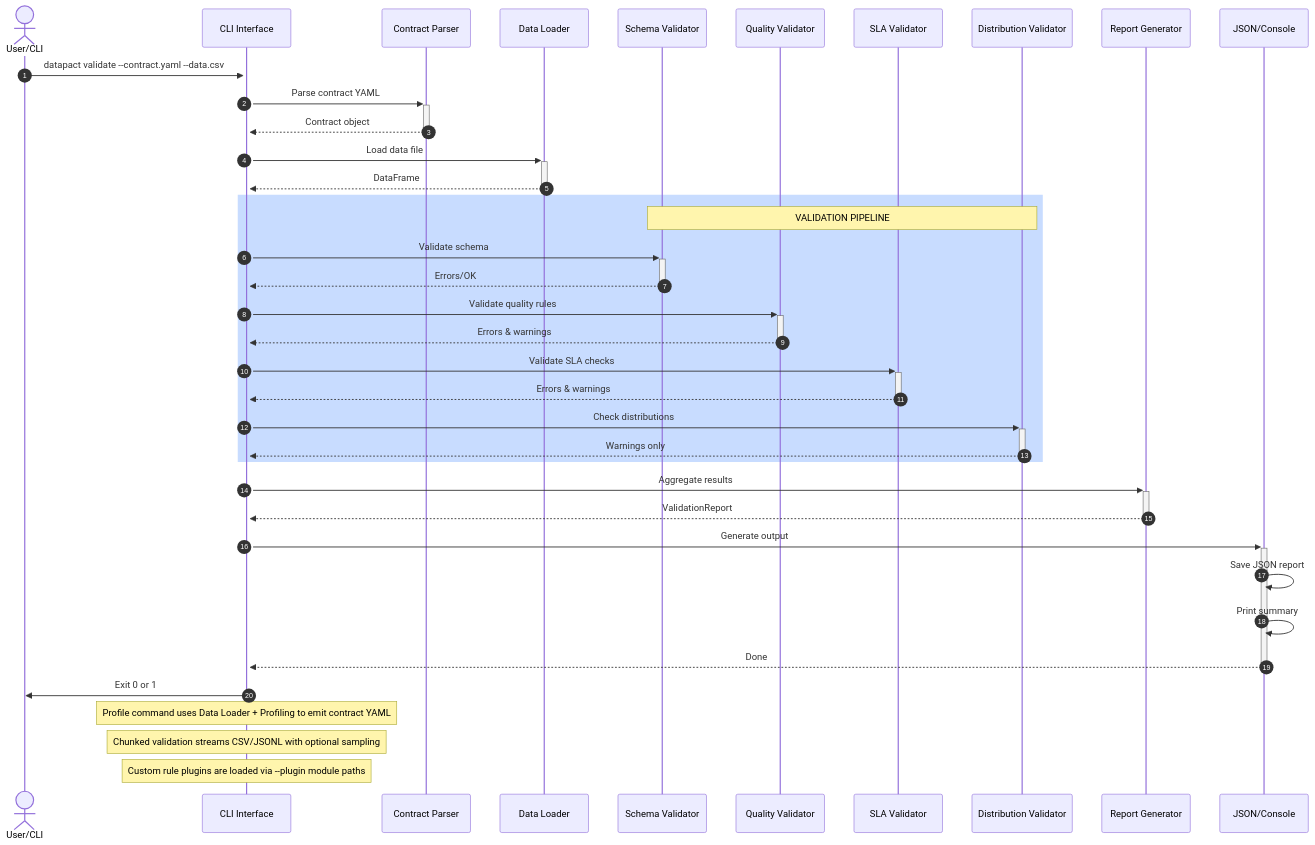
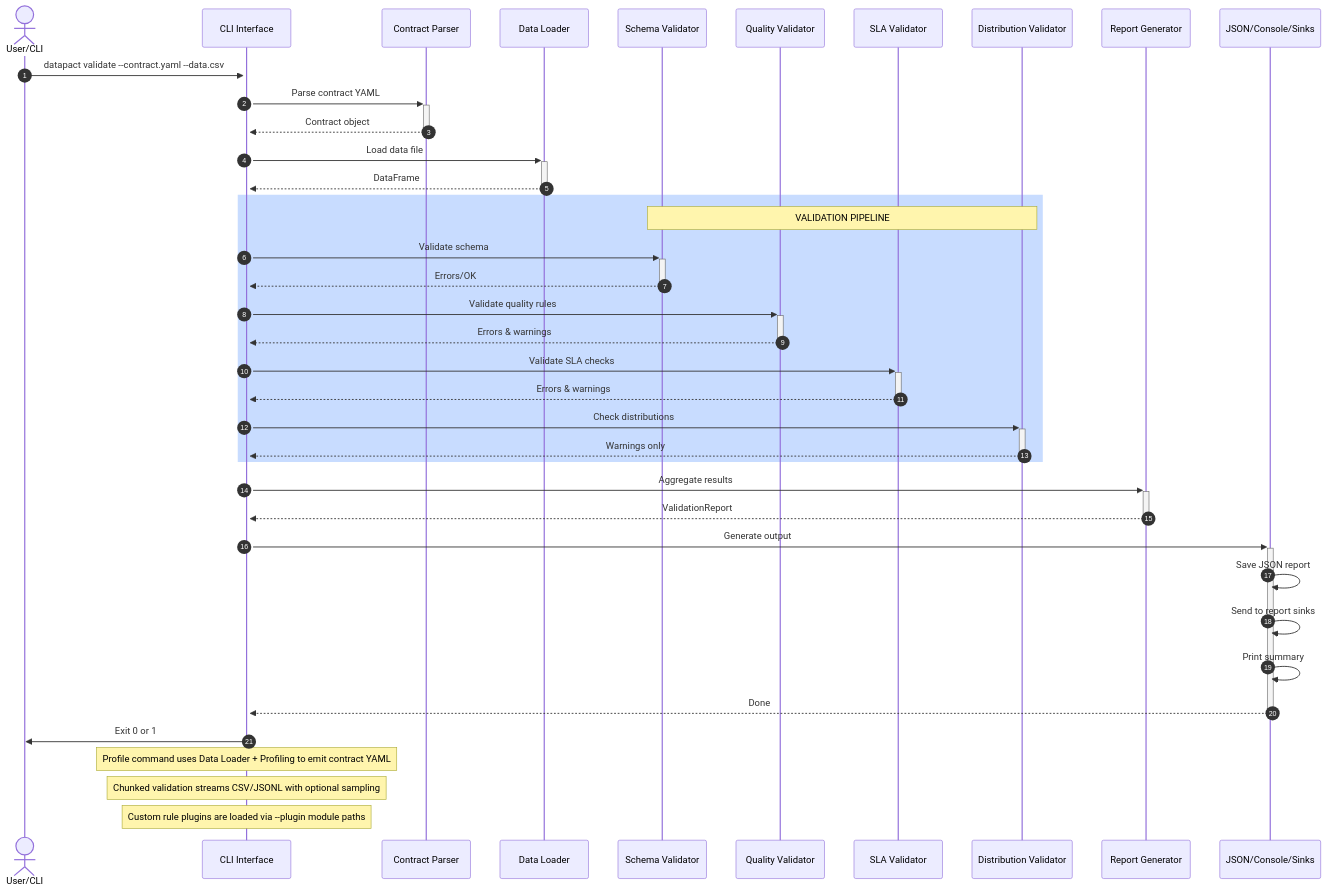
Before and after one commit to meetnishant/DataPact: the diagram in docs/sequenceDiagram.mmd, drawn with Mermaid. The commit also changed 20 other files, not shown here.

Commit message:
Add report sinks for validation reports

```diff
--- a/docs/sequenceDiagram.mmd
+++ b/docs/sequenceDiagram.mmd
@@ -1,48 +1,49 @@
 sequenceDiagram
     autonumber
     actor User as User/CLI
     participant CLI as CLI Interface
     participant Parser as Contract Parser
     participant Loader as Data Loader
     participant Schema as Schema Validator
     participant Quality as Quality Validator
     participant SLA as SLA Validator
     participant Distribution as Distribution Validator
     participant Reporter as Report Generator
-    participant Output as JSON/Console
+    participant Output as JSON/Console/Sinks
 
     User->>+CLI: datapact validate --contract.yaml --data.csv
     CLI->>+Parser: Parse contract YAML
     Parser-->>-CLI: Contract object
     
     CLI->>+Loader: Load data file
     Loader-->>-CLI: DataFrame
     
     rect rgb(200, 220, 255)
     Note over Schema,Distribution: VALIDATION PIPELINE
     CLI->>+Schema: Validate schema
     Schema-->>-CLI: Errors/OK
     
     CLI->>+Quality: Validate quality rules
     Quality-->>-CLI: Errors & warnings
 
     CLI->>+SLA: Validate SLA checks
     SLA-->>-CLI: Errors & warnings
     
     CLI->>+Distribution: Check distributions
     Distribution-->>-CLI: Warnings only
     end
     
     CLI->>+Reporter: Aggregate results
     Reporter-->>-CLI: ValidationReport
     
     CLI->>+Output: Generate output
     Output->>Output: Save JSON report
+    Output->>Output: Send to report sinks
     Output->>Output: Print summary
     Output-->>-CLI: Done
     
     CLI->>User: Exit 0 or 1
 
     Note over CLI: Profile command uses Data Loader + Profiling to emit contract YAML
     Note over CLI: Chunked validation streams CSV/JSONL with optional sampling
     Note over CLI: Custom rule plugins are loaded via --plugin module paths
```
